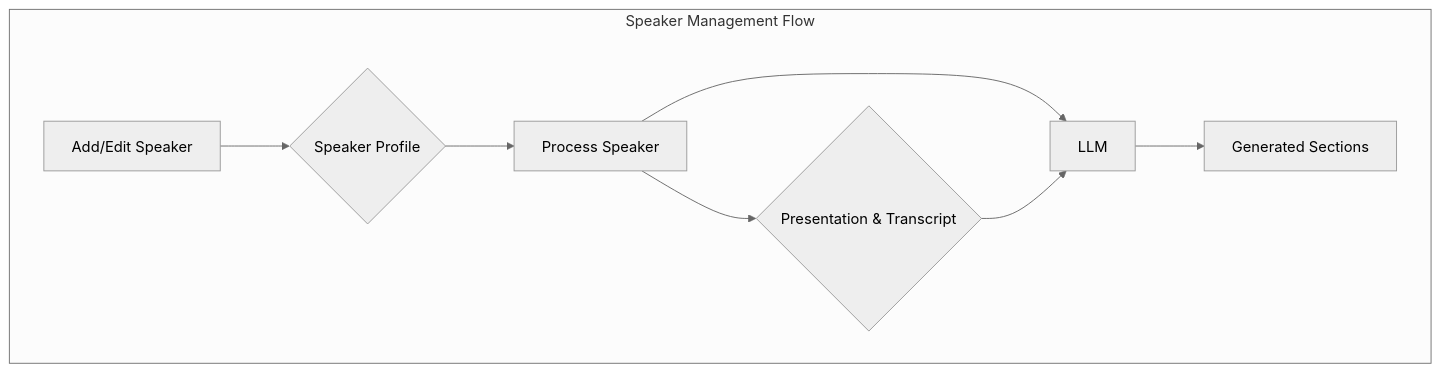
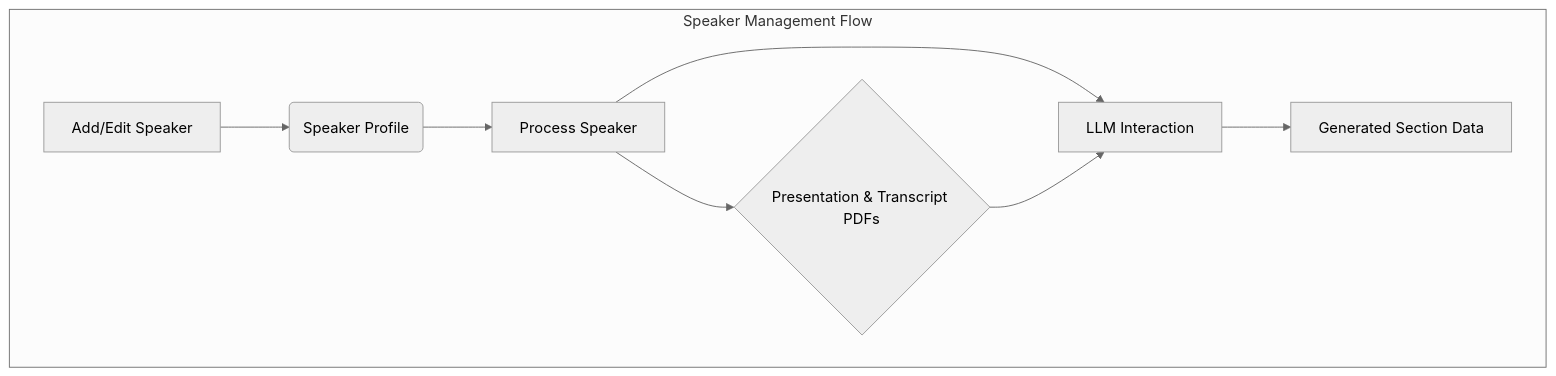
Before and after one commit to mdonmez/moves: the second of 4 diagrams in docs/overview.md, drawn with Mermaid (neutral theme). The commit also changed other lines of this file and 10 other files, not shown here.

````diff
--- a/docs/overview.md
+++ b/docs/overview.md
@@ -51,11 +53,11 @@
 ```mermaid
 graph TD
     subgraph Speaker Management Flow
-        A[Add/Edit Speaker] --> B{Speaker Profile};
+        A[Add/Edit Speaker] --> B(Speaker Profile);
         B --> C[Process Speaker];
-        C --> D{Presentation & Transcript};
-        C --> E[LLM];
-        E --> F[Generated Sections];
+        C --> D{Presentation & Transcript PDFs};
+        C --> E[LLM Interaction];
+        E --> F[Generated Section Data];
         D --> E;
     end
 ```
````
